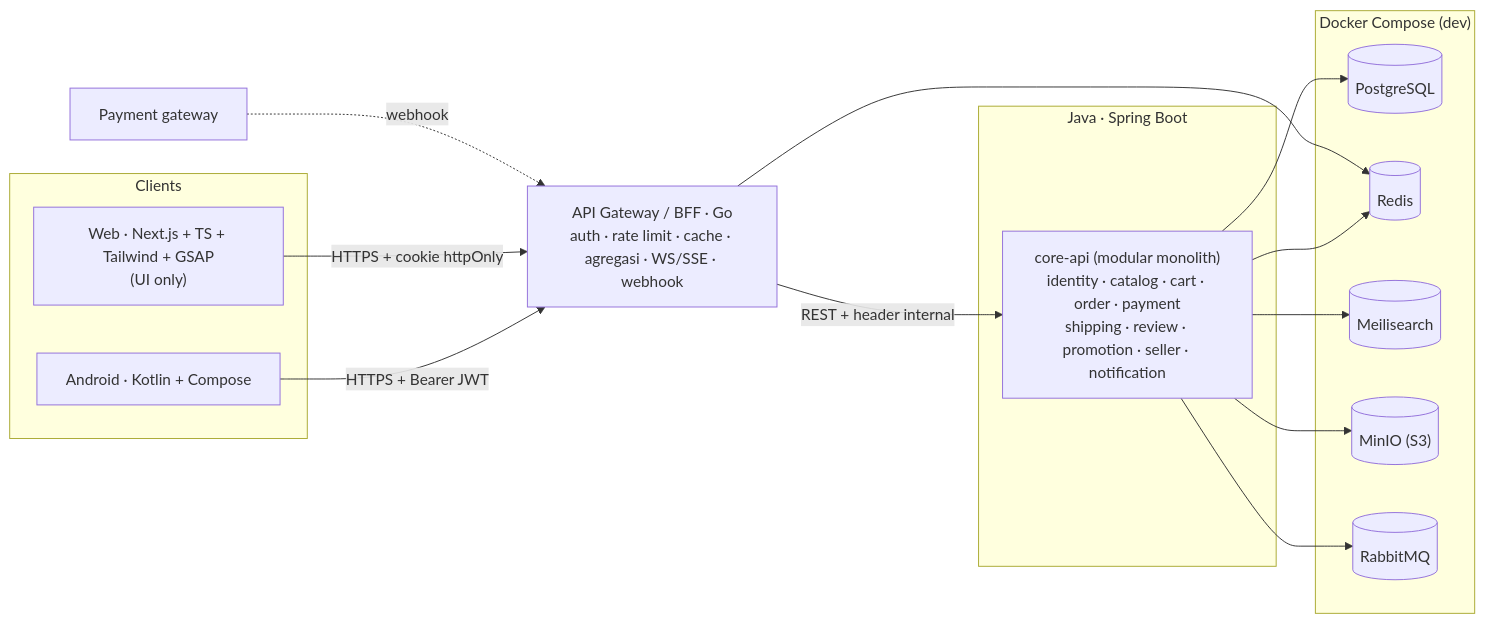
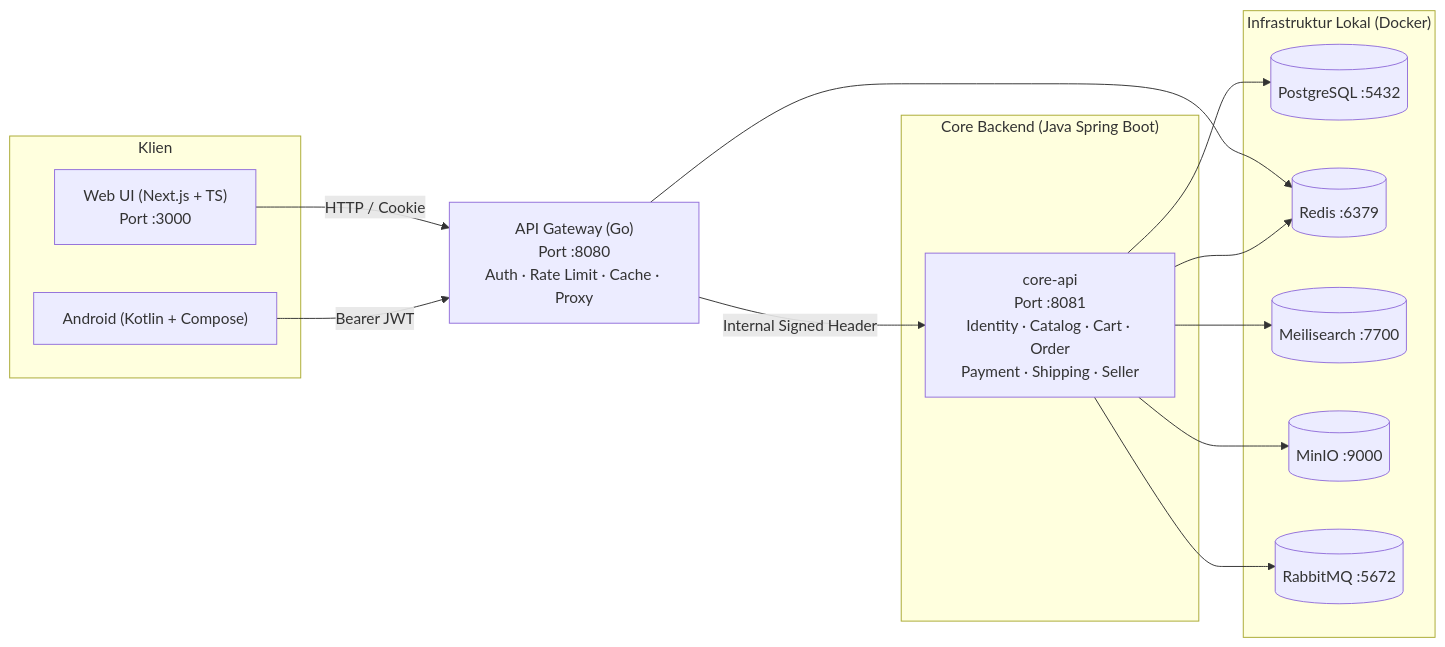
Before and after one commit to muhamadfedliansyah-boop/Griyaku: the diagram in README.md, drawn with Mermaid. The commit also changed other lines of this file and 8 other files, not shown here.

````diff
--- a/README.md
+++ b/README.md
@@ -78,32 +92,31 @@
 ```mermaid
 flowchart LR
-  subgraph Clients
-    W["Web · Next.js + TS + Tailwind + GSAP<br/>(UI only)"]
-    A["Android · Kotlin + Compose"]
+  subgraph Clients["Klien"]
+    W["Web UI (Next.js + TS)<br/>Port :3000"]
+    A["Android (Kotlin + Compose)"]
   end
 
-  GW["API Gateway / BFF · Go<br/>auth · rate limit · cache · agregasi · WS/SSE · webhook"]
+  GW["API Gateway (Go)<br/>Port :8080<br/>Auth · Rate Limit · Cache · Proxy"]
 
-  subgraph Backend["Java · Spring Boot"]
-    CORE["core-api (modular monolith)<br/>identity · catalog · cart · order · payment<br/>shipping · review · promotion · seller · notification"]
+  subgraph Backend["Core Backend (Java Spring Boot)"]
+    CORE["core-api<br/>Port :8081<br/>Identity · Catalog · Cart · Order<br/>Payment · Shipping · Seller"]
   end
 
-  subgraph Docker["Docker Compose (dev)"]
-    PG[("PostgreSQL")]
-    RD[("Redis")]
-    MS[("Meilisearch")]
-    S3[("MinIO (S3)")]
-    MQ[("RabbitMQ")]
+  subgraph Infra["Infrastruktur Lokal (Docker)"]
+    PG[("PostgreSQL :5432")]
+    RD[("Redis :6379")]
+    MS[("Meilisearch :7700")]
+    S3[("MinIO :9000")]
+    MQ[("RabbitMQ :5672")]
   end
 
-  PSP["Payment gateway"] -. webhook .-> GW
-  W -- "HTTPS + cookie httpOnly" --> GW
-  A -- "HTTPS + Bearer JWT" --> GW
-  GW -- "REST + header internal" --> CORE
+  W -- "HTTP / Cookie" --> GW
+  A -- "Bearer JWT" --> GW
+  GW -- "Internal Signed Header" --> CORE
   GW --> RD
   CORE --> PG
   CORE --> RD
   CORE --> MS
   CORE --> S3
   CORE --> MQ
 ```
````
